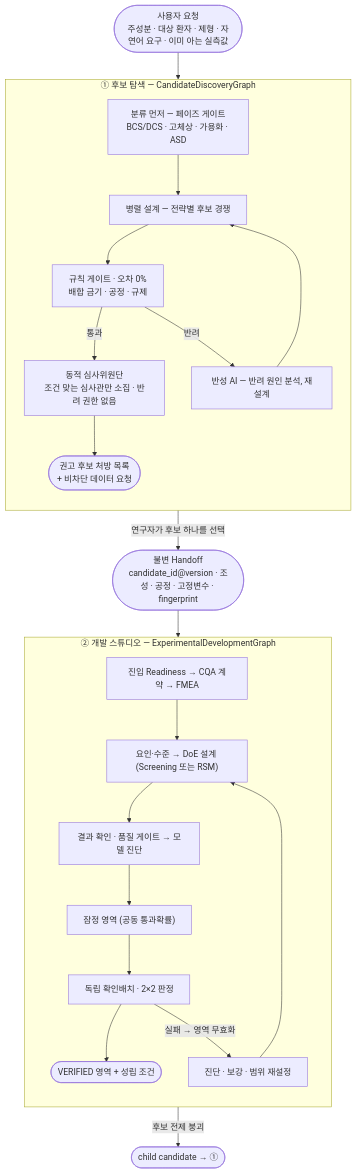
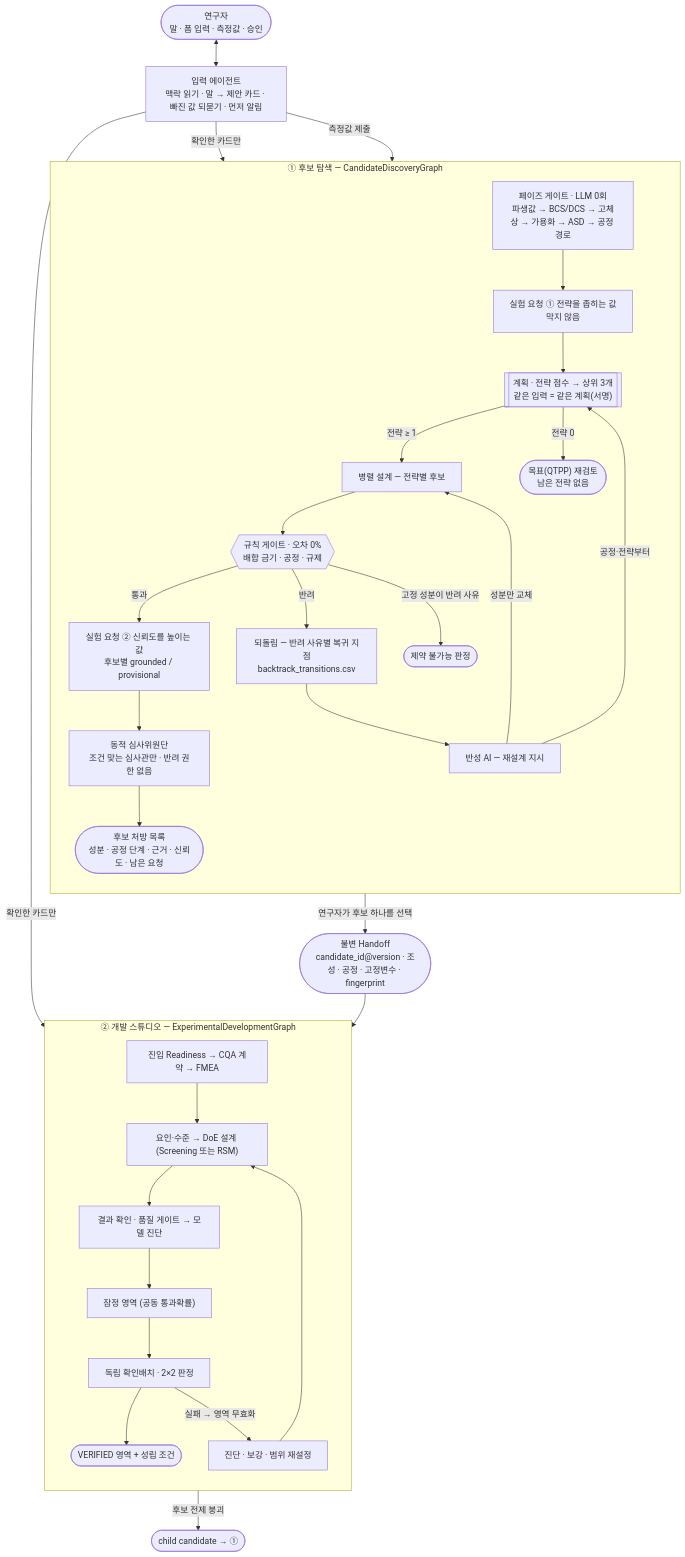
One commit to zihwaan/formula1-qbd changed the diagram in README.md. Above: the diagram before and after it, drawn with Mermaid. The commit also changed other lines of this file and 29 other files, not shown here.

````diff
--- a/README.md
+++ b/README.md
@@ -85,35 +91,50 @@
 ```mermaid
 flowchart TB
-    U(["사용자 요청<br/>주성분 · 대상 환자 · 제형 · 자연어 요구 · 이미 아는 실측값"])
+    U(["연구자<br/>말 · 폼 입력 · 측정값 · 승인"])
+    IA["입력 에이전트<br/>맥락 읽기 · 말 → 제안 카드 · 빠진 값 되묻기 · 먼저 알림"]
 
     subgraph D["① 후보 탐색 — CandidateDiscoveryGraph"]
         direction TB
-        P["분류 먼저 — 페이즈 게이트<br/>BCS/DCS · 고체상 · 가용화 · ASD"]
-        G["병렬 설계 — 전략별 후보 경쟁"]
-        R["규칙 게이트 · 오차 0%<br/>배합 금기 · 공정 · 규제"]
-        J["동적 심사위원단<br/>조건 맞는 심사관만 소집 · 반려 권한 없음"]
-        C(["권고 후보 처방 목록<br/>+ 비차단 데이터 요청"])
-        X["반성 AI — 반려 원인 분석, 재설계"]
-        P --> G --> R
-        R -->|통과| J --> C
-        R -->|반려| X --> G
+        PG["페이즈 게이트 · LLM 0회<br/>파생값 → BCS/DCS → 고체상 → 가용화 → ASD → 공정 경로"]
+        DN["실험 요청 ① 전략을 좁히는 값<br/>막지 않음"]
+        PL[["계획 · 전략 점수 → 상위 3개<br/>같은 입력 = 같은 계획(서명)"]]
+        G["병렬 설계 — 전략별 후보"]
+        R{{"규칙 게이트 · 오차 0%<br/>배합 금기 · 공정 · 규제"}}
+        DR["실험 요청 ② 신뢰도를 높이는 값<br/>후보별 grounded / provisional"]
+        J["동적 심사위원단<br/>조건 맞는 심사관만 · 반려 권한 없음"]
+        C(["후보 처방 목록<br/>성분 · 공정 단계 · 근거 · 신뢰도 · 남은 요청"])
+        BT["되돌림 — 반려 사유별 복귀 지점<br/>backtrack_transitions.csv"]
+        RF["반성 AI — 재설계 지시"]
+        Q(["목표(QTPP) 재검토<br/>남은 전략 없음"])
+        INF(["제약 불가능 판정"])
+        PG --> DN --> PL
+        PL -->|전략 ≥ 1| G --> R
+        PL -->|전략 0| Q
+        R -->|통과| DR --> J --> C
+        R -->|반려| BT --> RF
+        RF -->|성분만 교체| G
+        RF -->|공정·전략부터| PL
+        R -->|고정 성분이 반려 사유| INF
     end
 
     H(["불변 Handoff<br/>candidate_id@version · 조성 · 공정 · 고정변수 · fingerprint"])
 
     subgraph E["② 개발 스튜디오 — ExperimentalDevelopmentGraph"]
         direction TB
         E1["진입 Readiness → CQA 계약 → FMEA"]
         E2["요인·수준 → DoE 설계 (Screening 또는 RSM)"]
         E3["결과 확인 · 품질 게이트 → 모델 진단"]
         E4["잠정 영역 (공동 통과확률)"]
         E5["독립 확인배치 · 2×2 판정"]
         V(["VERIFIED 영역 + 성립 조건"])
         E1 --> E2 --> E3 --> E4 --> E5 --> V
         E5 -->|실패 → 영역 무효화| E6["진단 · 보강 · 범위 재설정"] --> E2
     end
 
-    U --> P
+    U <--> IA
+    IA -->|확인한 카드만| PG
+    IA -->|측정값 제출| DR
+    IA -->|확인한 카드만| E1
     C -->|연구자가 후보 하나를 선택| H --> E1
     E6 -->|후보 전제 붕괴| CH(["child candidate → ①"])
 ```
````
